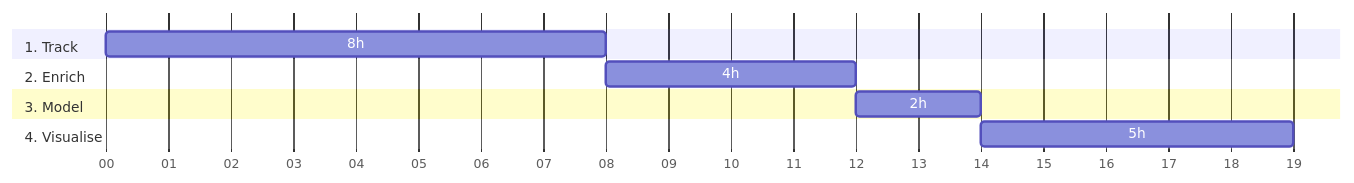
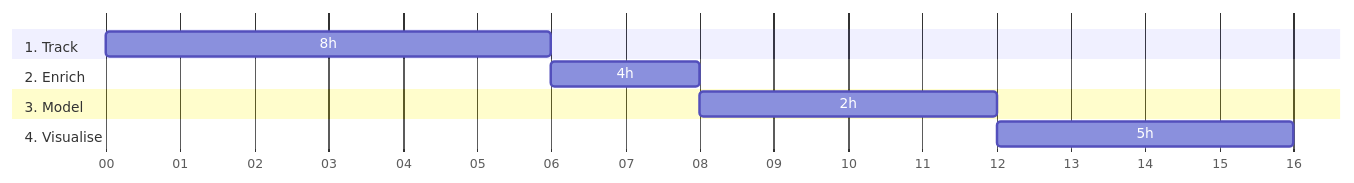
The diagram in content/_index.md (snowplow/advanced-analytics-web-accelerator), drawn with Mermaid before and after one commit. The commit also changed other lines of this file and 36 other files, not shown here.

```diff
--- a/content/_index.md
+++ b/content/_index.md
@@ -26,13 +26,13 @@
 {{<mermaid>}}
 gantt
         dateFormat  HH-mm
         axisFormat %M
         section 1. Track
-        8h          :track, 00-00, 8m
+        8h          :track, 00-00, 6m
         section 2. Enrich
-        4h            :enrich, after track, 4m
+        4h          :enrich, after track, 2m
         section 3. Model
-        2h          :model, after enrich, 2m
+        2h          :model, after enrich, 4m
         section 4. Visualise
-        5h            :visaualise, after model, 5m
+        5h          :visaualise, after model, 4m
 {{</mermaid >}}
```
